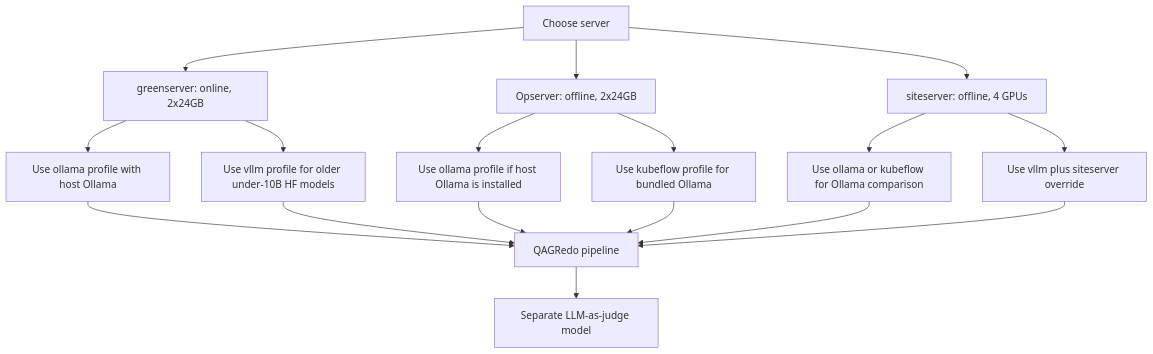
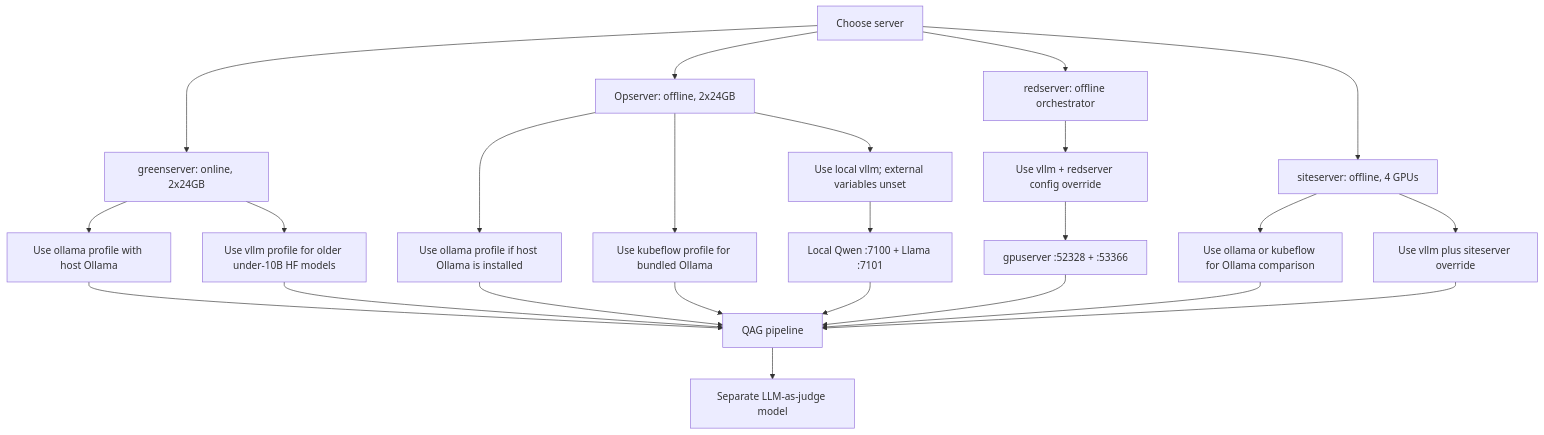
Before and after one commit to tohyewhong/qagredo-local: the first of 3 diagrams in docs/SERVER_MODEL_PROFILES.md, drawn with Mermaid. The commit also changed other lines of this file and 273 other files, not shown here.

First line of the commit message:
Add algorithm baseline v3, architecture docs, and LoRA finetune stack.

````diff
--- a/docs/SERVER_MODEL_PROFILES.md
+++ b/docs/SERVER_MODEL_PROFILES.md
@@ -10,21 +11,28 @@
 ```mermaid
 flowchart TD
   server["Choose server"] --> greenserver["greenserver: online, 2x24GB"]
   server --> opserver["Opserver: offline, 2x24GB"]
+  server --> redserver["redserver: offline orchestrator"]
   server --> siteserver["siteserver: offline, 4 GPUs"]
 
   greenserver --> greenOllama["Use ollama profile with host Ollama"]
   greenserver --> greenVllm["Use vllm profile for older under-10B HF models"]
   opserver --> opDev["Use ollama profile if host Ollama is installed"]
   opserver --> opKubeflow["Use kubeflow profile for bundled Ollama"]
+  opserver --> opVllm["Use local vllm; external variables unset"]
+  redserver --> redVllm["Use vllm + redserver config override"]
   siteserver --> redOllama["Use ollama or kubeflow for Ollama comparison"]
-  siteserver --> redVllm["Use vllm plus siteserver override"]
+  siteserver --> siteVllm["Use vllm plus siteserver override"]
 
-  greenOllama --> run["QAGRedo pipeline"]
+  greenOllama --> run["QAG pipeline"]
   greenVllm --> run
   opDev --> run
   opKubeflow --> run
+  opVllm --> local["Local Qwen :7100 + Llama :7101"]
+  local --> run
+  redVllm --> external["gpuserver :52328 + :53366"]
+  external --> run
   redOllama --> run
-  redVllm --> run
+  siteVllm --> run
   run --> judge["Separate LLM-as-judge model"]
 ```
````
